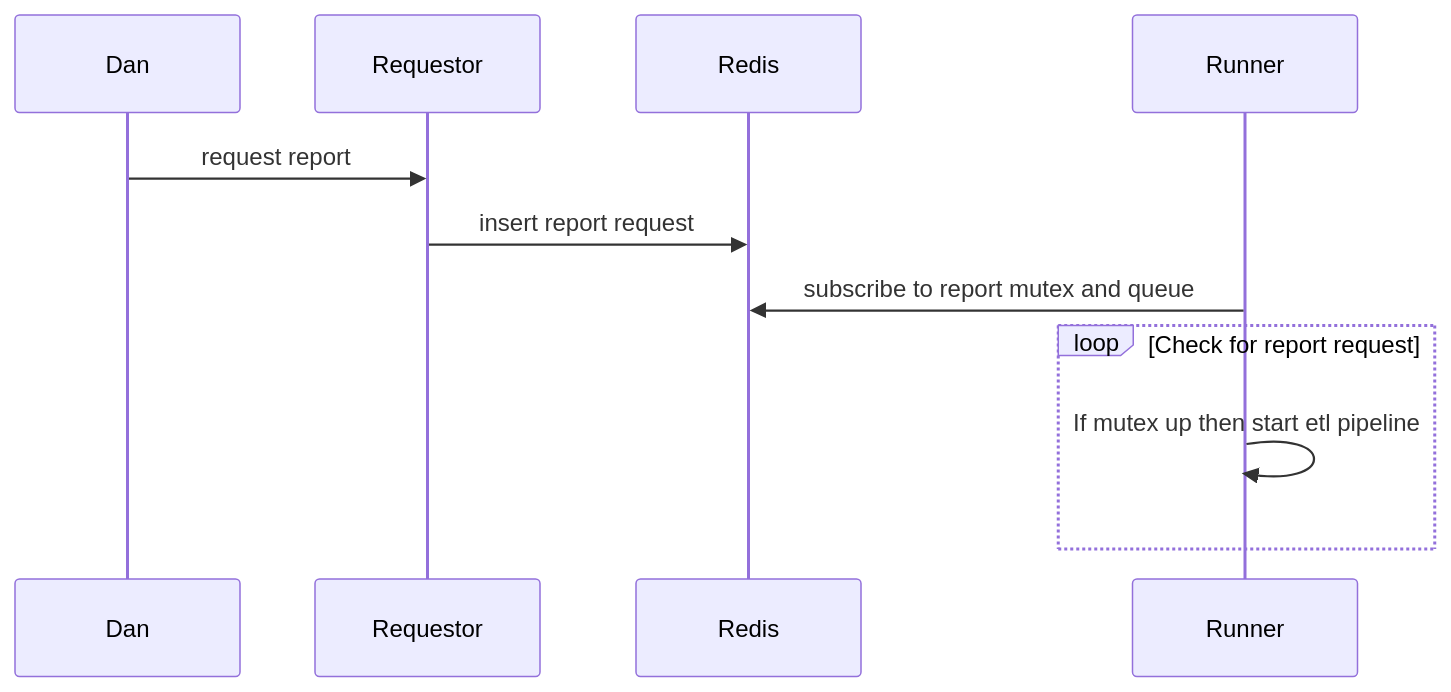
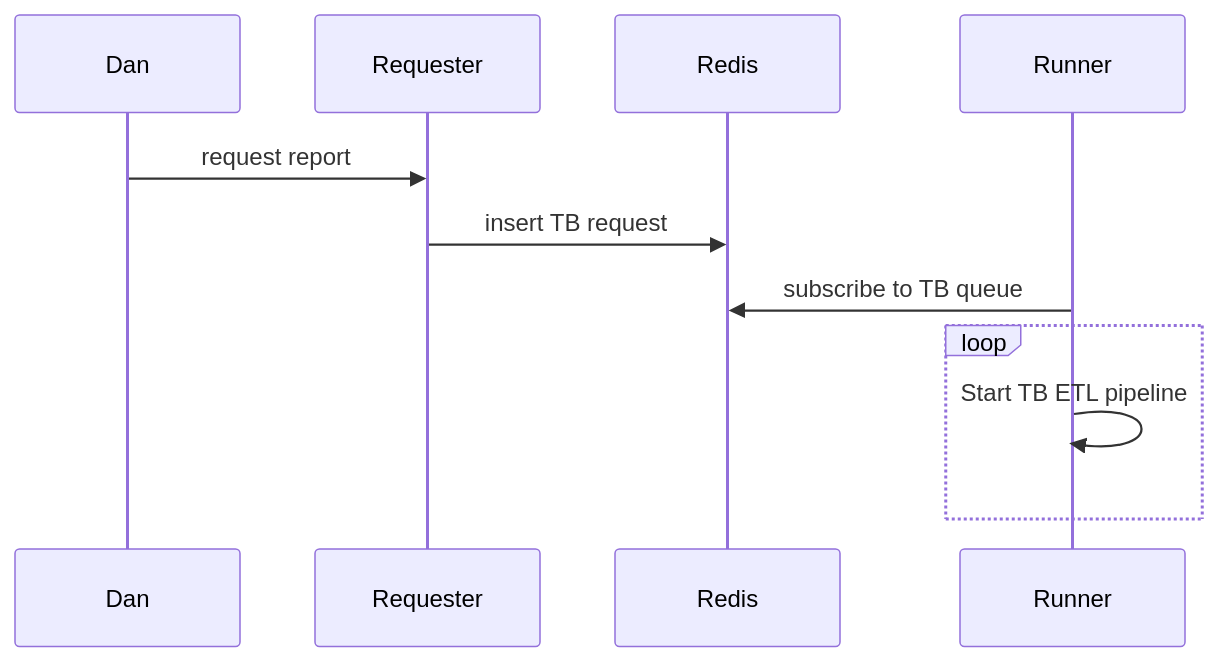
The third of 4 diagrams in report_system/report_system_status.md (brentgroves/status), drawn with Mermaid before and after one commit. The commit also changed other lines of this file and 1 other file, not shown here.

````diff
--- a/report_system/report_system_status.md
+++ b/report_system/report_system_status.md
@@ -81,13 +81,13 @@
 ```mermaid
 sequenceDiagram
     participant dan as Dan
-    participant req as Requestor
+    participant req as Requester
     participant red as Redis
     participant run as Runner
     dan->>req: request report
-    req->>red: insert report request
-    run->>red: subscribe to report mutex and queue
-    loop Check for report request
-        run->>run: If mutex up then start etl pipeline
+    req->>red: insert TB request
+    run->>red: subscribe to TB queue
+    loop 
+        run->>run: Start TB ETL pipeline
     end
 ```
````
